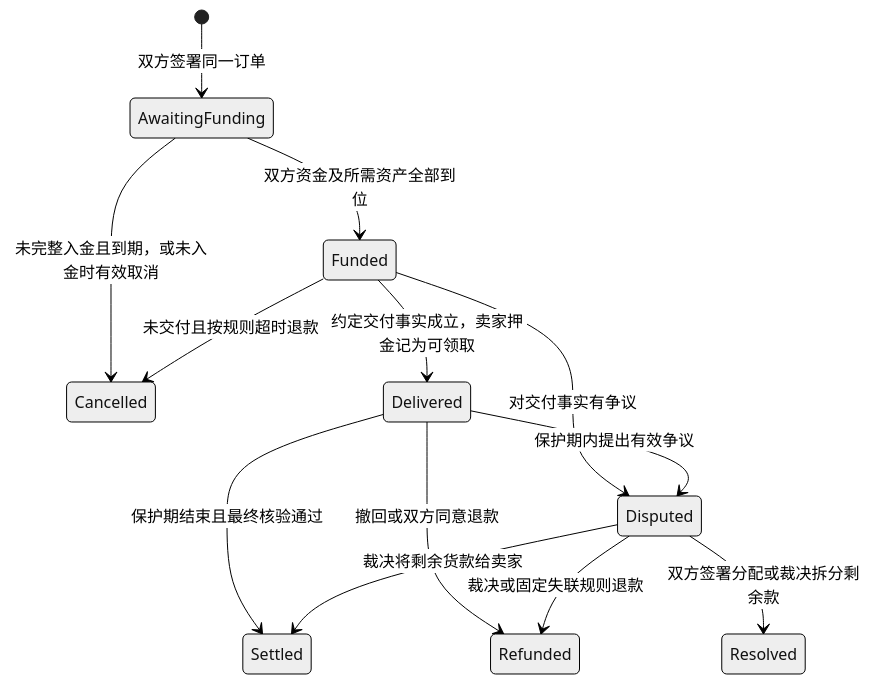
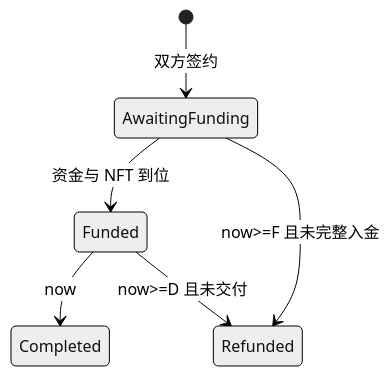
One commit to Hadi777-apk/monad-blitz changed the diagram in docs/TRADE_PROTOCOL.md. Above: the diagram before and after it, drawn with Mermaid (neutral theme). The commit also changed other lines of this file and 7 other files, not shown here.

Commit message:
docs: adopt v0.5 hackathon architecture and align protocol documents

````diff
--- a/docs/TRADE_PROTOCOL.md
+++ b/docs/TRADE_PROTOCOL.md
@@ -42,15 +57,8 @@
 ```mermaid
 stateDiagram-v2
-    [*] --> AwaitingFunding: 双方签署同一订单
-    AwaitingFunding --> Funded: 双方资金及所需资产全部到位
-    AwaitingFunding --> Cancelled: 未完整入金且到期，或未入金时有效取消
-    Funded --> Delivered: 约定交付事实成立，卖家押金记为可领取
-    Funded --> Cancelled: 未交付且按规则超时退款
-    Funded --> Disputed: 对交付事实有争议
-    Delivered --> Settled: 保护期结束且最终核验通过
-    Delivered --> Refunded: 撤回或双方同意退款
-    Delivered --> Disputed: 保护期内提出有效争议
-    Disputed --> Settled: 裁决将剩余货款给卖家
-    Disputed --> Refunded: 裁决或固定失联规则退款
-    Disputed --> Resolved: 双方签署分配或裁决拆分剩余款
+    [*] --> AwaitingFunding: 双方签约
+    AwaitingFunding --> Funded: 资金与 NFT 到位
+    AwaitingFunding --> Refunded: now>=F 且未完整入金
+    Funded --> Completed: now<D 原子交付与记账
+    Funded --> Refunded: now>=D 且未交付
 ```
````
